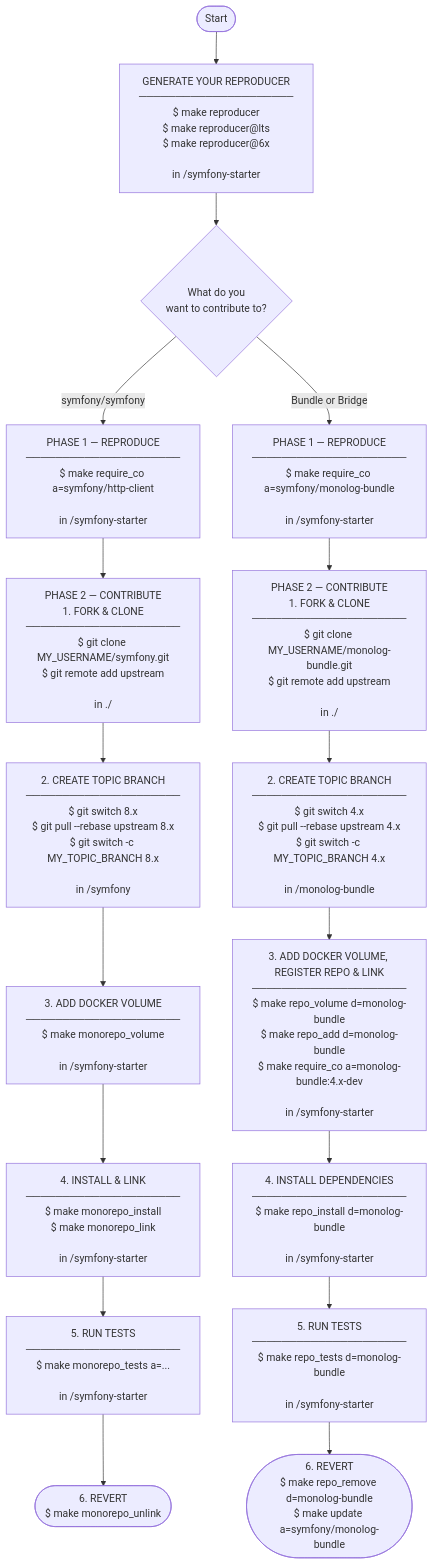
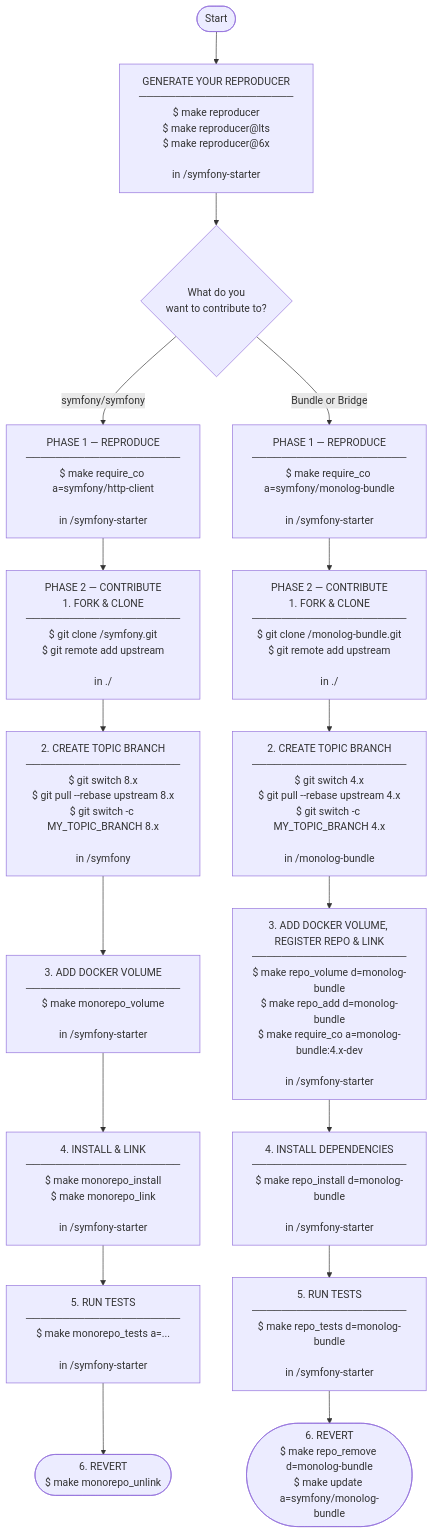
Before and after one commit to jprivet-dev/symfony-starter: the diagram in .starter/docs/contrib.md, drawn with Mermaid. The commit also changed other lines of this file and 2 other files, not shown here.

Commit message:
docs(.starter/templates): adjust vars naming

````diff
--- a/.starter/docs/contrib.md
+++ b/.starter/docs/contrib.md
@@ -251,24 +251,24 @@
 ```mermaid
 flowchart TD
   START([Start]) --> REPRODUCER
   REPRODUCER["GENERATE YOUR REPRODUCER\n─────────────────────\n$ make reproducer\n$ make reproducer@lts\n$ make reproducer@6x\n\nin /symfony-starter"]
   REPRODUCER --> CHOICE{What do you\nwant to contribute to?}
   CHOICE -->|symfony/symfony| MP1
   CHOICE -->|Bundle or Bridge| BP1
 %% ── MONOREPO WORKFLOW ──────────────────────────────────────
   MP1["PHASE 1 — REPRODUCE\n─────────────────────\n$ make require_co a=symfony/http-client\n\nin /symfony-starter"]
-  MP1 --> MP2["PHASE 2 — CONTRIBUTE\n1. FORK & CLONE\n─────────────────────\n$ git clone MY_USERNAME/symfony.git\n$ git remote add upstream\n\nin ./"]
+  MP1 --> MP2["PHASE 2 — CONTRIBUTE\n1. FORK & CLONE\n─────────────────────\n$ git clone <MY_USERNAME>/symfony.git\n$ git remote add upstream\n\nin ./"]
   MP2 --> M2["2. CREATE TOPIC BRANCH\n─────────────────────\n$ git switch 8.x\n$ git pull --rebase upstream 8.x\n$ git switch -c MY_TOPIC_BRANCH 8.x\n\nin /symfony"]
   M2 --> M3["3. ADD DOCKER VOLUME\n─────────────────────\n$ make monorepo_volume\n\nin /symfony-starter"]
   M3 --> M4["4. INSTALL & LINK\n─────────────────────\n$ make monorepo_install\n$ make monorepo_link\n\nin /symfony-starter"]
   M4 --> M5["5. RUN TESTS\n─────────────────────\n$ make monorepo_tests a=...\n\nin /symfony-starter"]
   M5 --> M6(["6. REVERT\n$ make monorepo_unlink"])
 %% ── BUNDLE WORKFLOW ────────────────────────────────────────
   BP1["PHASE 1 — REPRODUCE\n─────────────────────\n$ make require_co a=symfony/monolog-bundle\n\nin /symfony-starter"]
-  BP1 --> BP2["PHASE 2 — CONTRIBUTE\n1. FORK & CLONE\n─────────────────────\n$ git clone MY_USERNAME/monolog-bundle.git\n$ git remote add upstream\n\nin ./"]
+  BP1 --> BP2["PHASE 2 — CONTRIBUTE\n1. FORK & CLONE\n─────────────────────\n$ git clone <MY_USERNAME>/monolog-bundle.git\n$ git remote add upstream\n\nin ./"]
   BP2 --> B2["2. CREATE TOPIC BRANCH\n─────────────────────\n$ git switch 4.x\n$ git pull --rebase upstream 4.x\n$ git switch -c MY_TOPIC_BRANCH 4.x\n\nin /monolog-bundle"]
   B2 --> B3["3. ADD DOCKER VOLUME, REGISTER REPO & LINK\n─────────────────────\n$ make repo_volume d=monolog-bundle\n$ make repo_add d=monolog-bundle\n$ make require_co a=monolog-bundle:4.x-dev\n\nin /symfony-starter"]
   B3 --> B4["4. INSTALL DEPENDENCIES\n─────────────────────\n$ make repo_install d=monolog-bundle\n\nin /symfony-starter"]
   B4 --> B5["5. RUN TESTS\n─────────────────────\n$ make repo_tests d=monolog-bundle\n\nin /symfony-starter"]
   B5 --> B6(["6. REVERT\n$ make repo_remove d=monolog-bundle\n$ make update a=symfony/monolog-bundle"])
 ```
````
